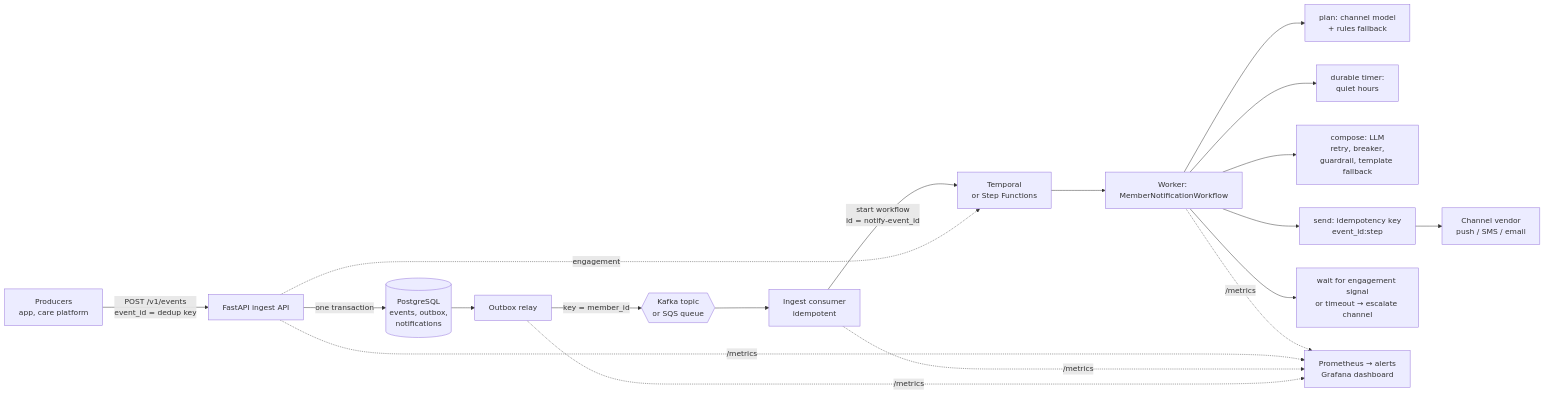
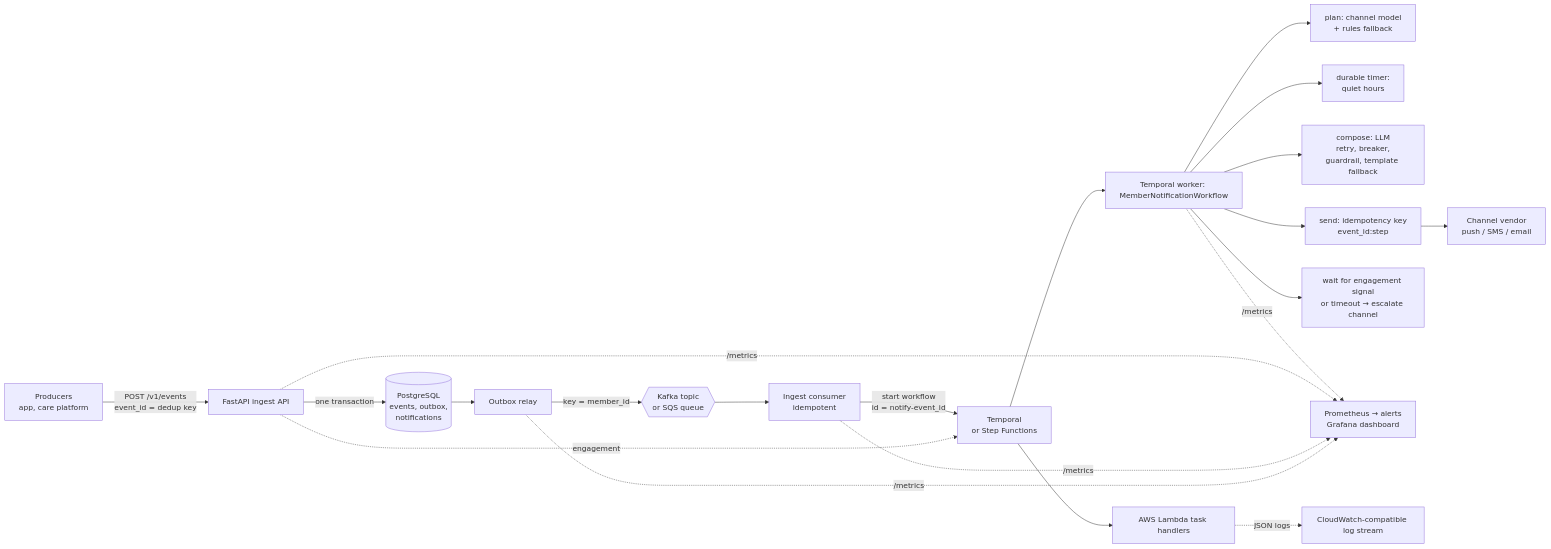
One commit to AyushGupta-Code/notify-flow changed the diagram in README.md. Above: the diagram before and after it, drawn with Mermaid. The commit also changed other lines of this file and 12 other files, not shown here.

Commit message:
Make Step Functions workflow executable with Lambda

````diff
--- a/README.md
+++ b/README.md
@@ -13,18 +13,20 @@
 ```mermaid
 flowchart LR
   P[Producers<br/>app, care platform] -->|POST /v1/events<br/>event_id = dedup key| API[FastAPI ingest API]
   API -->|one transaction| DB[(PostgreSQL<br/>events, outbox,<br/>notifications)]
   DB --> R[Outbox relay]
   R -->|key = member_id| Q{{Kafka topic<br/>or SQS queue}}
   Q --> C[Ingest consumer<br/>idempotent]
   C -->|start workflow<br/>id = notify-event_id| T[Temporal<br/>or Step Functions]
-  T --> W[Worker: MemberNotificationWorkflow]
+  T --> W[Temporal worker: MemberNotificationWorkflow]
+  T --> L[AWS Lambda task handlers]
   W --> PL[plan: channel model<br/>+ rules fallback]
   W --> QH[durable timer:<br/>quiet hours]
   W --> CO[compose: LLM<br/>retry, breaker,<br/>guardrail, template fallback]
   W --> S[send: idempotency key<br/>event_id:step]
   S --> V[Channel vendor<br/>push / SMS / email]
   W --> E[wait for engagement signal<br/>or timeout → escalate channel]
   API -. engagement .-> T
   W & API & C & R -. /metrics .-> PR[Prometheus → alerts<br/>Grafana dashboard]
+  L -. JSON logs .-> LOG[CloudWatch-compatible log stream]
 ```
````
